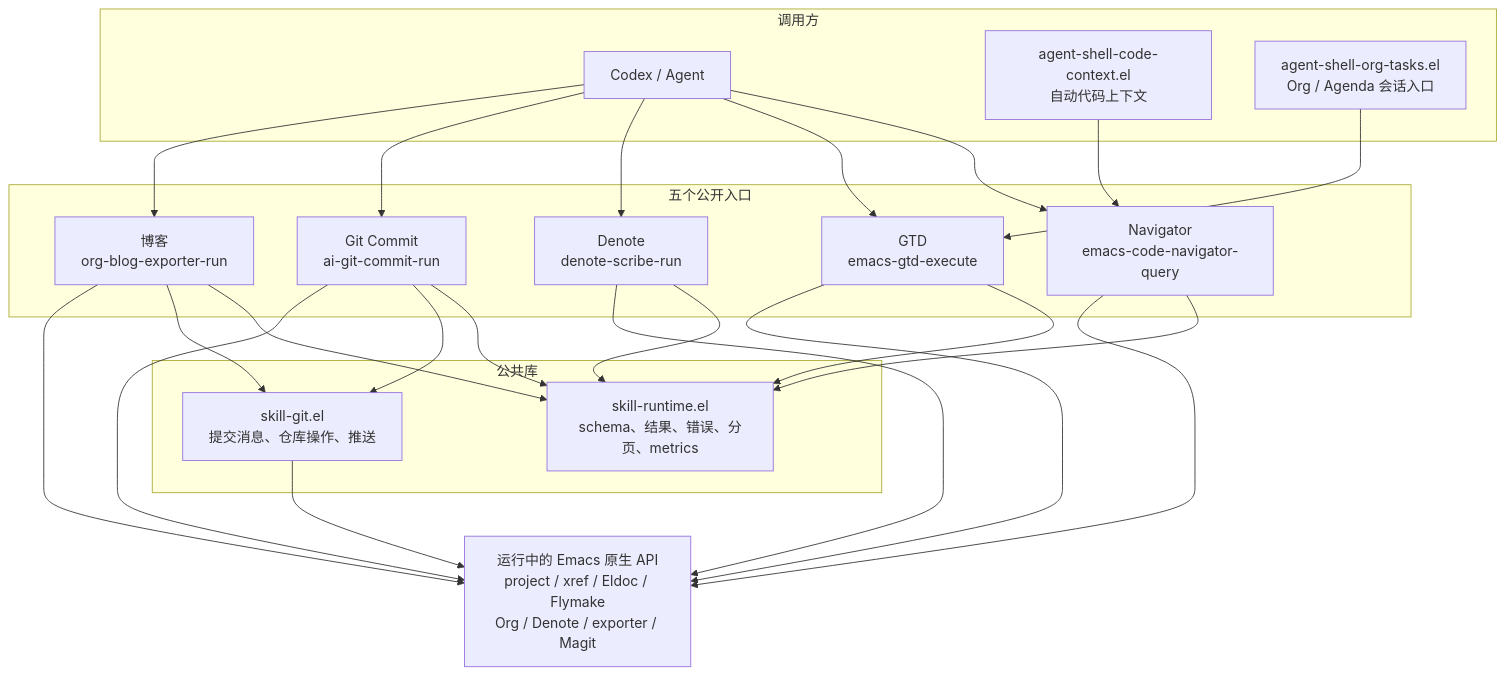
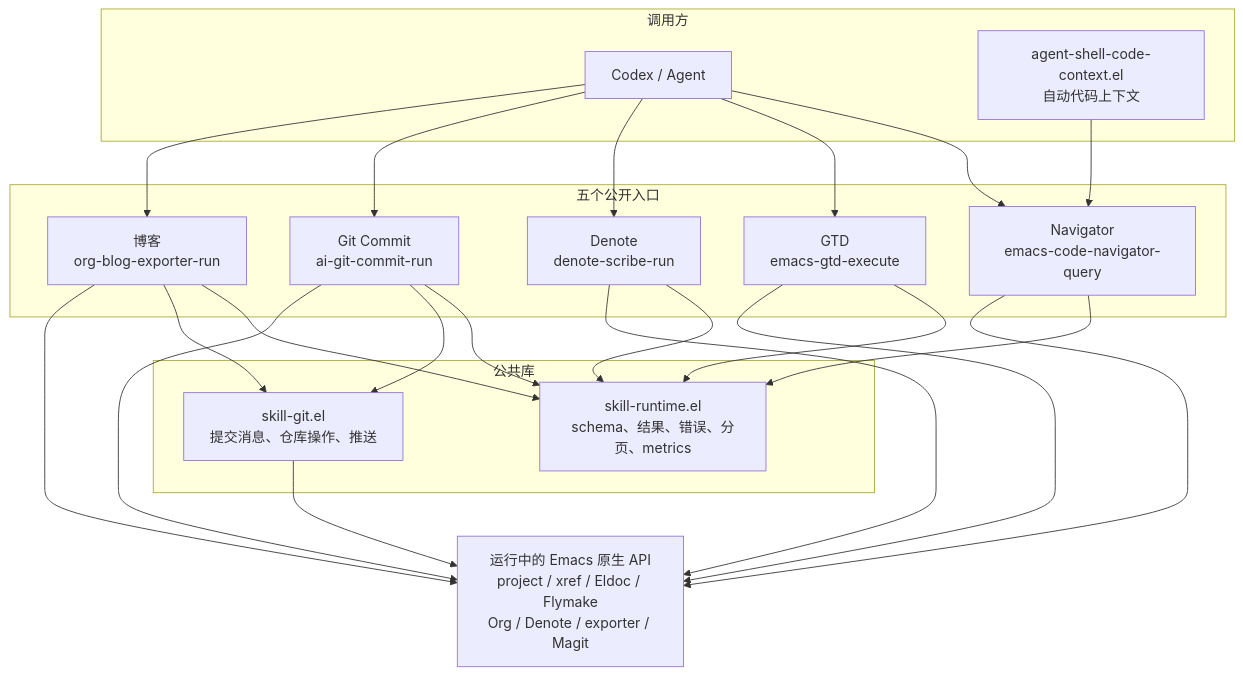
Before and after one commit to zorowk/skills: the diagram in README.md, drawn with Mermaid. The commit also changed other lines of this file and 6 other files, not shown here.

First line of the commit message:
refactor(gtd): Remove retired Agent Shell integration

````diff
--- a/README.md
+++ b/README.md
@@ -39,31 +39,29 @@
 ```mermaid
 flowchart TB
     subgraph CALLERS["调用方"]
         AGENT["Codex / Agent"]
         CODECTX["agent-shell-code-context.el<br/>自动代码上下文"]
-        ORGTASKS["agent-shell-org-tasks.el<br/>Org / Agenda 会话入口"]
     end
 
     subgraph FACADES["五个公开入口"]
         NAV["Navigator<br/>emacs-code-navigator-query"]
         GTD["GTD<br/>emacs-gtd-execute"]
         SCRIBE["Denote<br/>denote-scribe-run"]
         COMMIT["Git Commit<br/>ai-git-commit-run"]
         BLOG["博客<br/>org-blog-exporter-run"]
     end
 
     subgraph COMMON["公共库"]
         RUNTIME["skill-runtime.el<br/>schema、结果、错误、分页、metrics"]
         GITCORE["skill-git.el<br/>提交消息、仓库操作、推送"]
     end
 
     NATIVE["运行中的 Emacs 原生 API<br/>project / xref / Eldoc / Flymake<br/>Org / Denote / exporter / Magit"]
 
     AGENT --> NAV & GTD & SCRIBE & COMMIT & BLOG
     CODECTX --> NAV
-    ORGTASKS --> GTD
     NAV & GTD & SCRIBE & COMMIT & BLOG --> RUNTIME
     COMMIT & BLOG --> GITCORE
     NAV & GTD & SCRIBE & COMMIT & BLOG --> NATIVE
     GITCORE --> NATIVE
 ```
````
